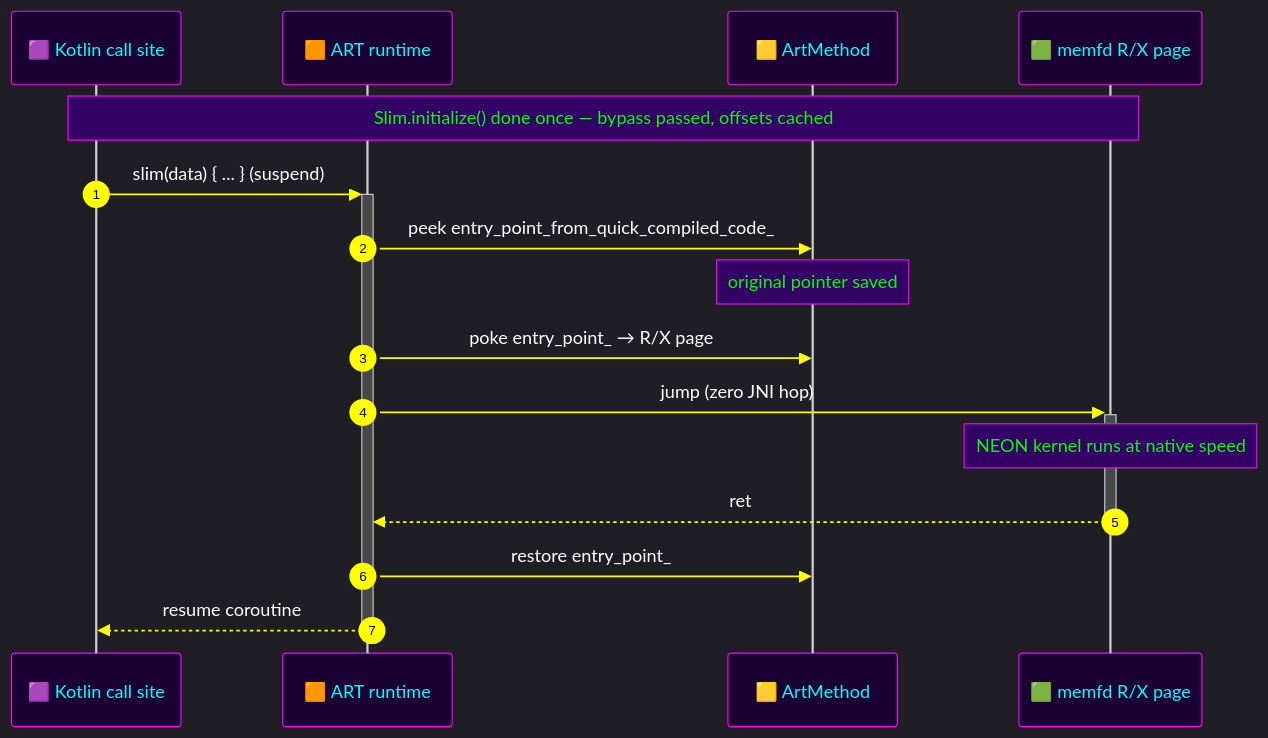
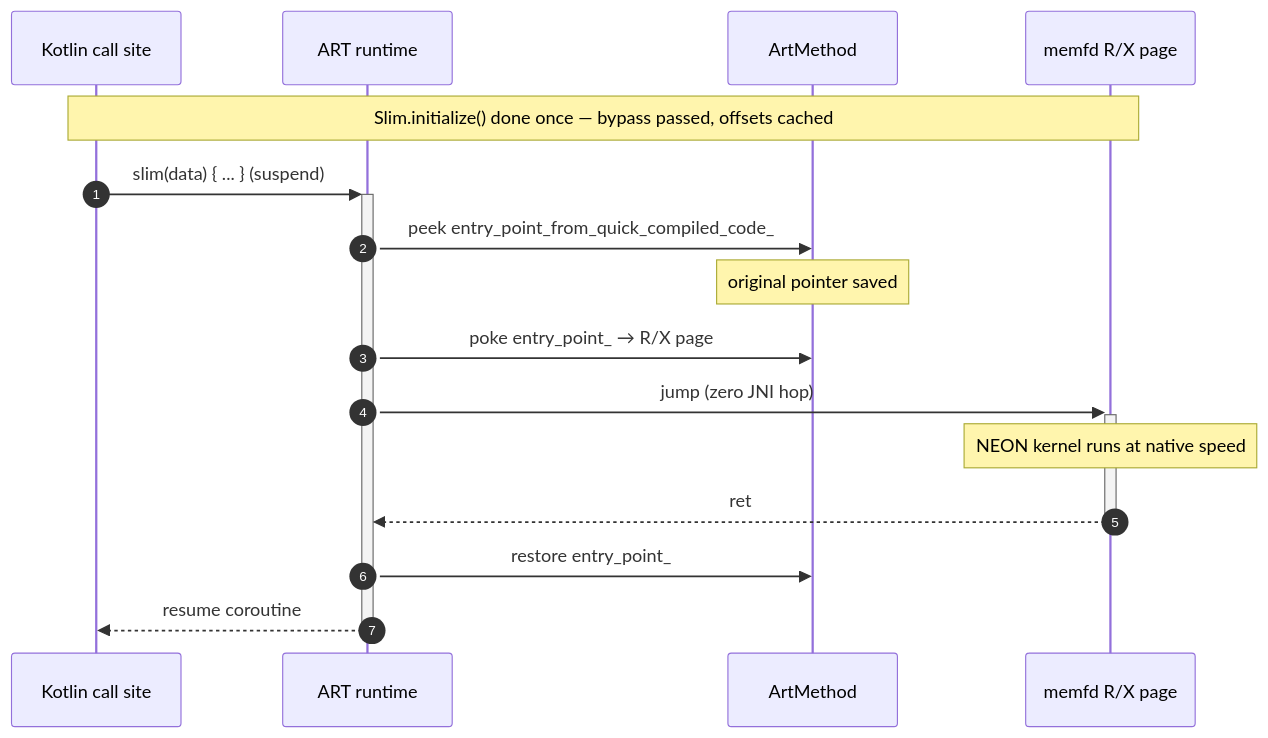
Before and after one commit to iamjosephmj/Slim: the third of 3 diagrams in README.md, drawn with Mermaid. The commit also changed other lines of this file, not shown here.

````diff
--- a/README.md
+++ b/README.md
@@ -631,21 +581,20 @@
 ```mermaid
-%%{init: {'theme':'dark', 'themeVariables': { 'actorBkg':'#1A0033', 'actorBorder':'#FF00FF', 'actorTextColor':'#00FFFF', 'signalColor':'#FFFF00', 'signalTextColor':'#FFFFFF', 'noteBkgColor':'#330066', 'noteTextColor':'#00FF00', 'noteBorderColor':'#FF00FF' }}}%%
 sequenceDiagram
     autonumber
-    participant K as 🟪 Kotlin call site
-    participant ART as 🟧 ART runtime
-    participant AM as 🟨 ArtMethod
-    participant RX as 🟩 memfd R/X page
+    participant K as Kotlin call site
+    participant ART as ART runtime
+    participant AM as ArtMethod
+    participant RX as memfd R/X page
 
     Note over K,RX: Slim.initialize() done once — bypass passed, offsets cached
 
     K->>+ART: slim(data) { ... }  (suspend)
     ART->>AM: peek entry_point_from_quick_compiled_code_
     Note over AM: original pointer saved
     ART->>AM: poke entry_point_ → R/X page
     ART->>+RX: jump (zero JNI hop)
     Note over RX: NEON kernel runs at native speed
     RX-->>-ART: ret
     ART->>AM: restore entry_point_
     ART-->>-K: resume coroutine
 ```
````
